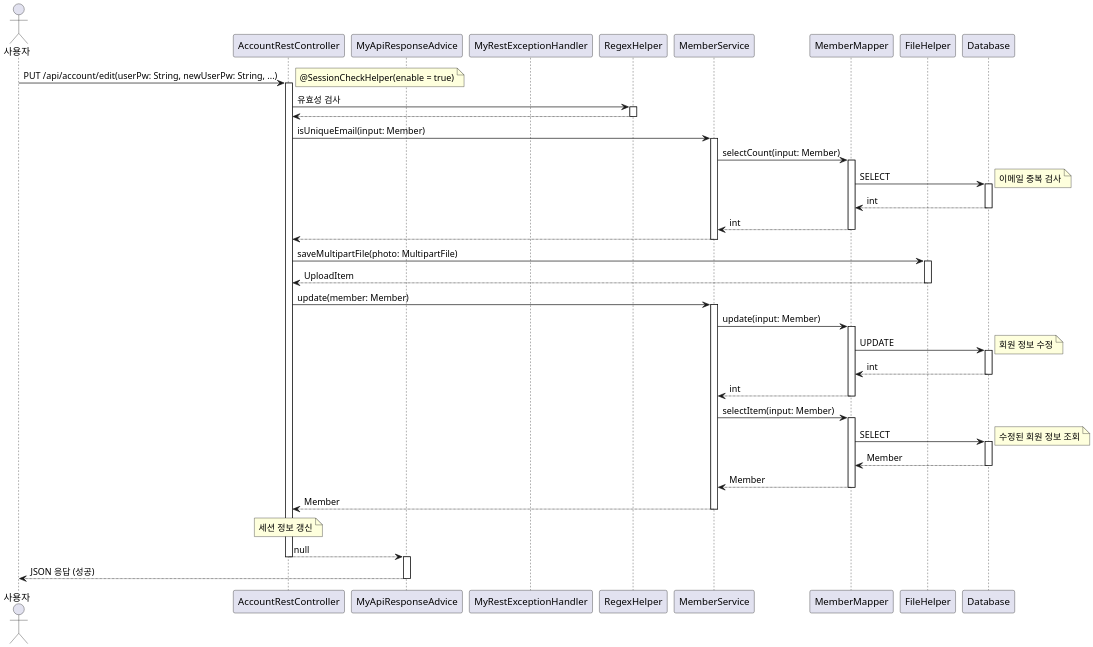
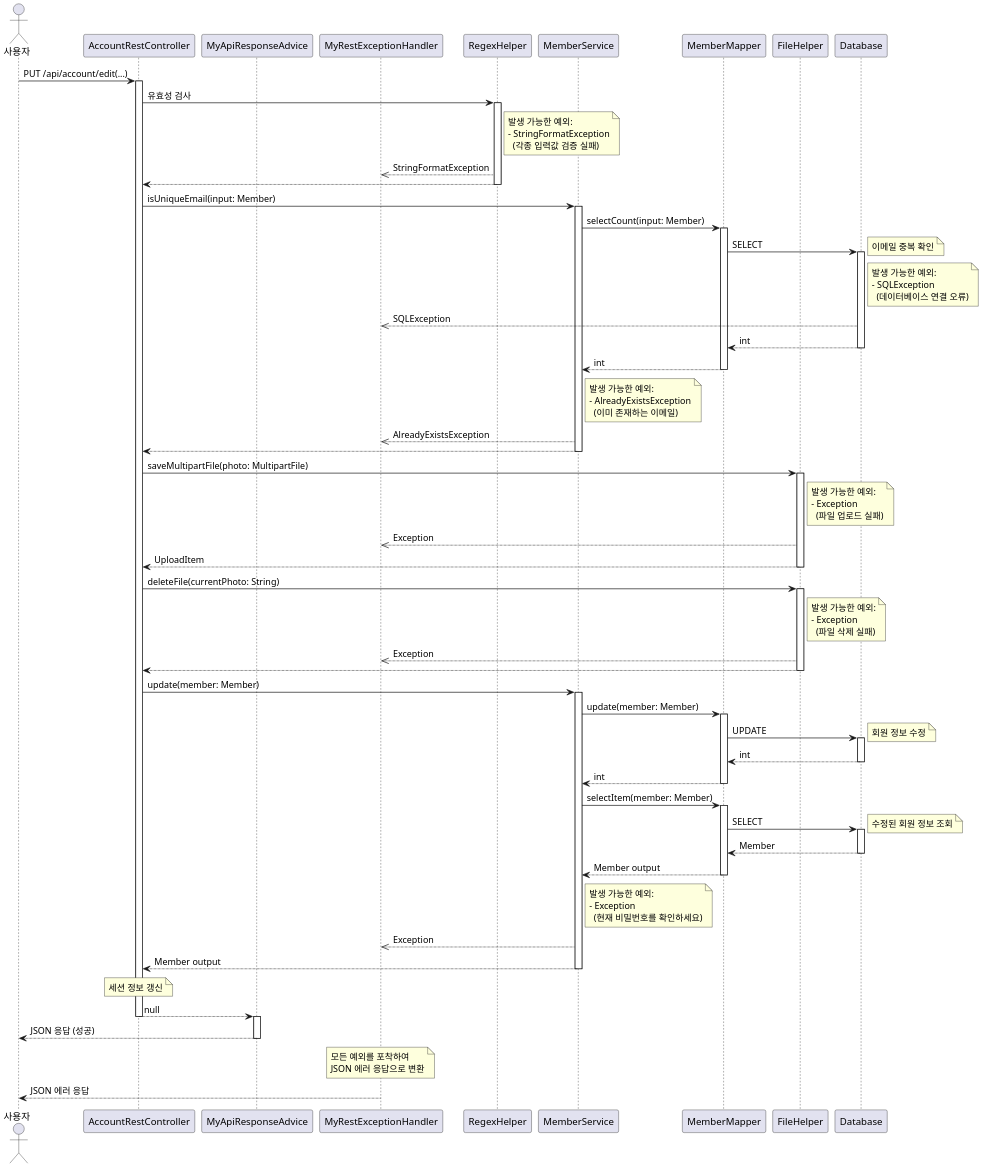
One commit to leekh4232/study-myshop changed the diagram in uml/AccountRestController/edit_Sequence.puml. Above: the diagram before and after it, drawn with PlantUML. The commit also changed 64 other files, not shown here.

```diff
--- a/uml/AccountRestController/edit_Sequence.puml
+++ b/uml/AccountRestController/edit_Sequence.puml
@@ -1,74 +1,93 @@
 @startuml
 skinparam dpi 200
 
 actor Actor as "사용자"
 participant AccountRestController
 participant MyApiResponseAdvice
 participant MyRestExceptionHandler
 participant RegexHelper
 participant MemberService
 participant MemberMapper
 participant FileHelper
 participant Database
 
-Actor -> AccountRestController: PUT /api/account/edit(userPw: String, newUserPw: String, ...)
+Actor -> AccountRestController: PUT /api/account/edit(...)
 activate AccountRestController
-note right: @SessionCheckHelper(enable = true)
 
 AccountRestController -> RegexHelper: 유효성 검사
 activate RegexHelper
+note right of RegexHelper: 발생 가능한 예외:\n- StringFormatException\n  (각종 입력값 검증 실패)
+RegexHelper -->> MyRestExceptionHandler: StringFormatException
 RegexHelper --> AccountRestController
 deactivate RegexHelper
 
 AccountRestController -> MemberService: isUniqueEmail(input: Member)
 activate MemberService
 MemberService -> MemberMapper: selectCount(input: Member)
 activate MemberMapper
 MemberMapper -> Database: SELECT
 activate Database
-note right: 이메일 중복 검사
+note right: 이메일 중복 확인
+note right of Database: 발생 가능한 예외:\n- SQLException\n  (데이터베이스 연결 오류)
+Database -->> MyRestExceptionHandler: SQLException
 Database --> MemberMapper: int
 deactivate Database
 MemberMapper --> MemberService: int
 deactivate MemberMapper
+note right of MemberService: 발생 가능한 예외:\n- AlreadyExistsException\n  (이미 존재하는 이메일)
+MemberService -->> MyRestExceptionHandler: AlreadyExistsException
 MemberService --> AccountRestController
 deactivate MemberService
 
 AccountRestController -> FileHelper: saveMultipartFile(photo: MultipartFile)
 activate FileHelper
+note right of FileHelper: 발생 가능한 예외:\n- Exception\n  (파일 업로드 실패)
+FileHelper -->> MyRestExceptionHandler: Exception
 FileHelper --> AccountRestController: UploadItem
+deactivate FileHelper
+
+AccountRestController -> FileHelper: deleteFile(currentPhoto: String)
+activate FileHelper
+note right of FileHelper: 발생 가능한 예외:\n- Exception\n  (파일 삭제 실패)
+FileHelper -->> MyRestExceptionHandler: Exception
+FileHelper --> AccountRestController
 deactivate FileHelper
 
 AccountRestController -> MemberService: update(member: Member)
 activate MemberService
-MemberService -> MemberMapper: update(input: Member)
+MemberService -> MemberMapper: update(member: Member)
 activate MemberMapper
 MemberMapper -> Database: UPDATE
 activate Database
 note right: 회원 정보 수정
 Database --> MemberMapper: int
 deactivate Database
 MemberMapper --> MemberService: int
 deactivate MemberMapper
 
-MemberService -> MemberMapper: selectItem(input: Member)
+MemberService -> MemberMapper: selectItem(member: Member)
 activate MemberMapper
 MemberMapper -> Database: SELECT
 activate Database
 note right: 수정된 회원 정보 조회
 Database --> MemberMapper: Member
 deactivate Database
-MemberMapper --> MemberService: Member
+MemberMapper --> MemberService: Member output
 deactivate MemberMapper
-MemberService --> AccountRestController: Member
+note right of MemberService: 발생 가능한 예외:\n- Exception\n  (현재 비밀번호를 확인하세요)
+MemberService -->> MyRestExceptionHandler: Exception
+MemberService --> AccountRestController: Member output
 deactivate MemberService
 
 note over AccountRestController: 세션 정보 갱신
 
 AccountRestController --> MyApiResponseAdvice: null
 deactivate AccountRestController
 activate MyApiResponseAdvice
 MyApiResponseAdvice --> Actor: JSON 응답 (성공)
 deactivate MyApiResponseAdvice
 
+note over MyRestExceptionHandler: 모든 예외를 포착하여\nJSON 에러 응답으로 변환
+MyRestExceptionHandler --> Actor: JSON 에러 응답
+
 @enduml
```
